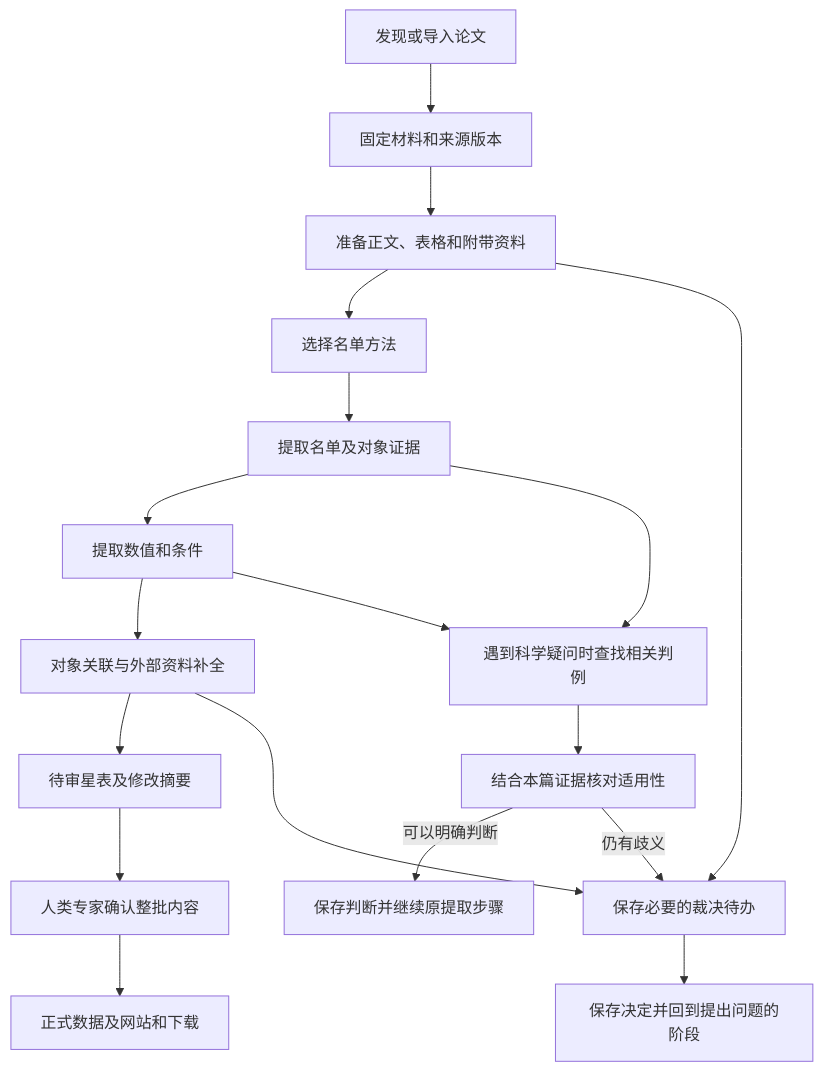
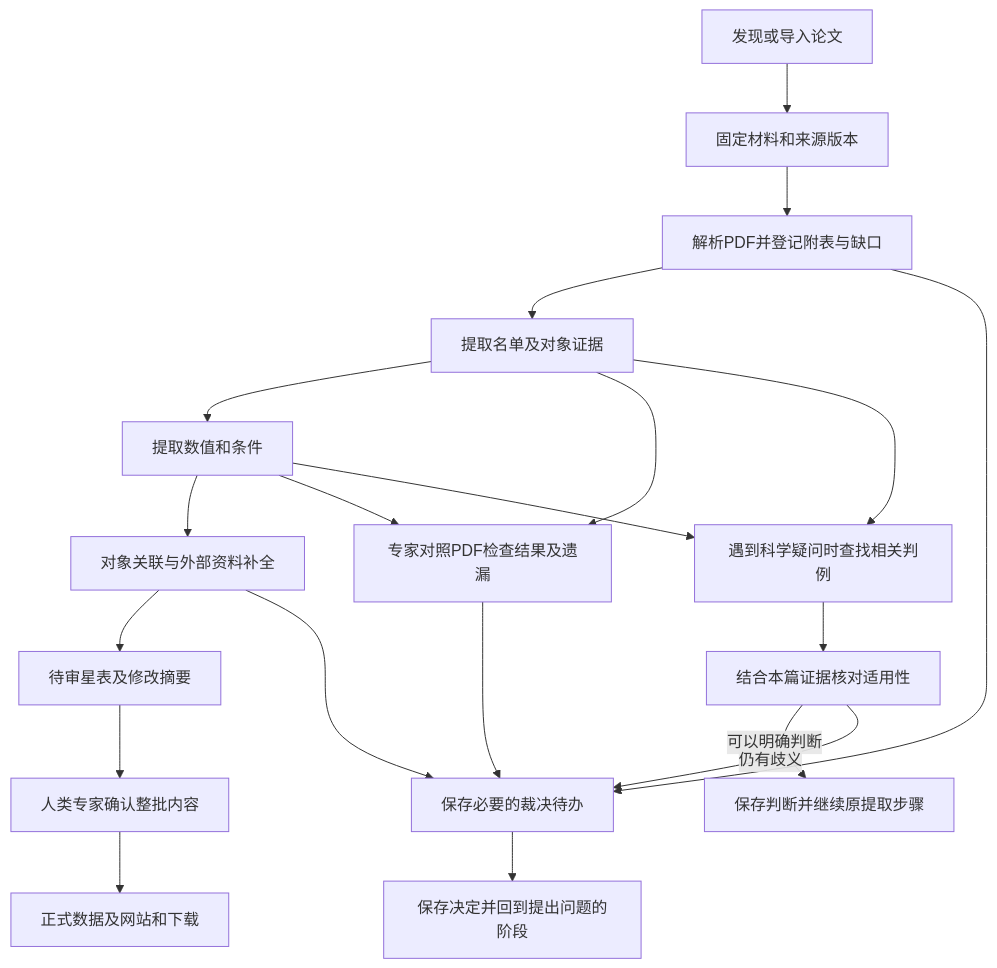
One commit to zhang2023-byte/hvs-catalog changed the diagram in docs/design/workflow.md. Above: the diagram before and after it, drawn with Mermaid. The commit also changed other lines of this file and 11 other files, not shown here.

Commit message:
docs: simplify PDF extraction roadmap and clarify documentation scope

````diff
--- a/docs/design/workflow.md
+++ b/docs/design/workflow.md
@@ -108,20 +124,22 @@
 ```mermaid
 flowchart TD
     A[发现或导入论文] --> B[固定材料和来源版本]
-    B --> P[准备正文、表格和附带资料]
-    P --> C[选择名单方法]
-    C --> D[提取名单及对象证据]
+    B --> P[解析PDF并登记附表与缺口]
+    P --> D[提取名单及对象证据]
     D --> E[提取数值和条件]
     E --> F[对象关联与外部资料补全]
     F --> G[待审星表及修改摘要]
     G --> H[人类专家确认整批内容]
     H --> I[正式数据及网站和下载]
+    D --> V[专家对照PDF检查结果及遗漏]
+    E --> V
+    V --> J[保存必要的裁决待办]
     P --> J[保存必要的裁决待办]
     D --> L[遇到科学疑问时查找相关判例]
     E --> L
     L --> M[结合本篇证据核对适用性]
     M -->|可以明确判断| N[保存判断并继续原提取步骤]
     M -->|仍有歧义| J
     F --> J
     J --> K[保存决定并回到提出问题的阶段]
 ```
````
